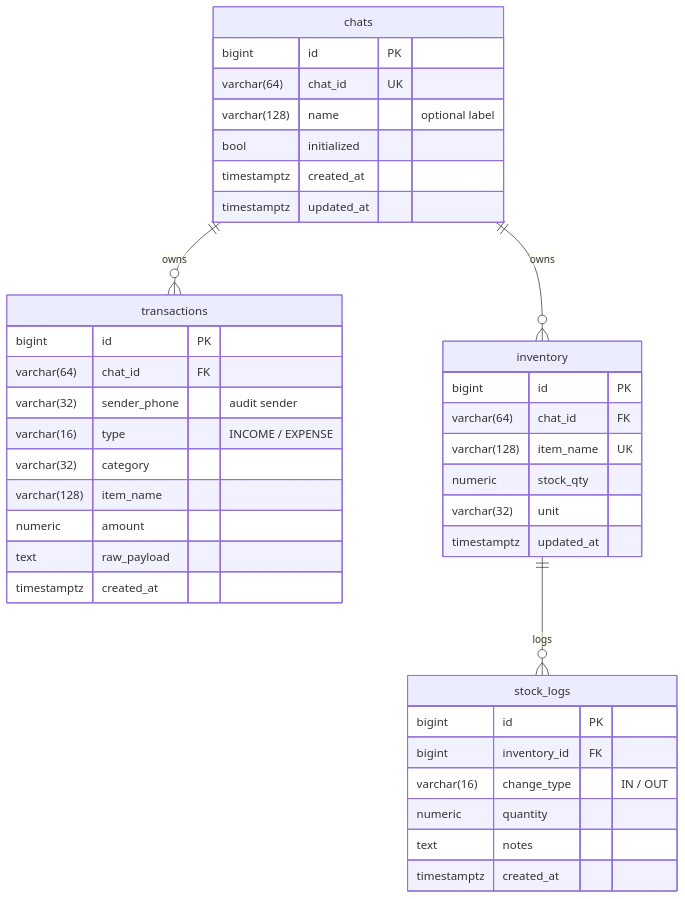
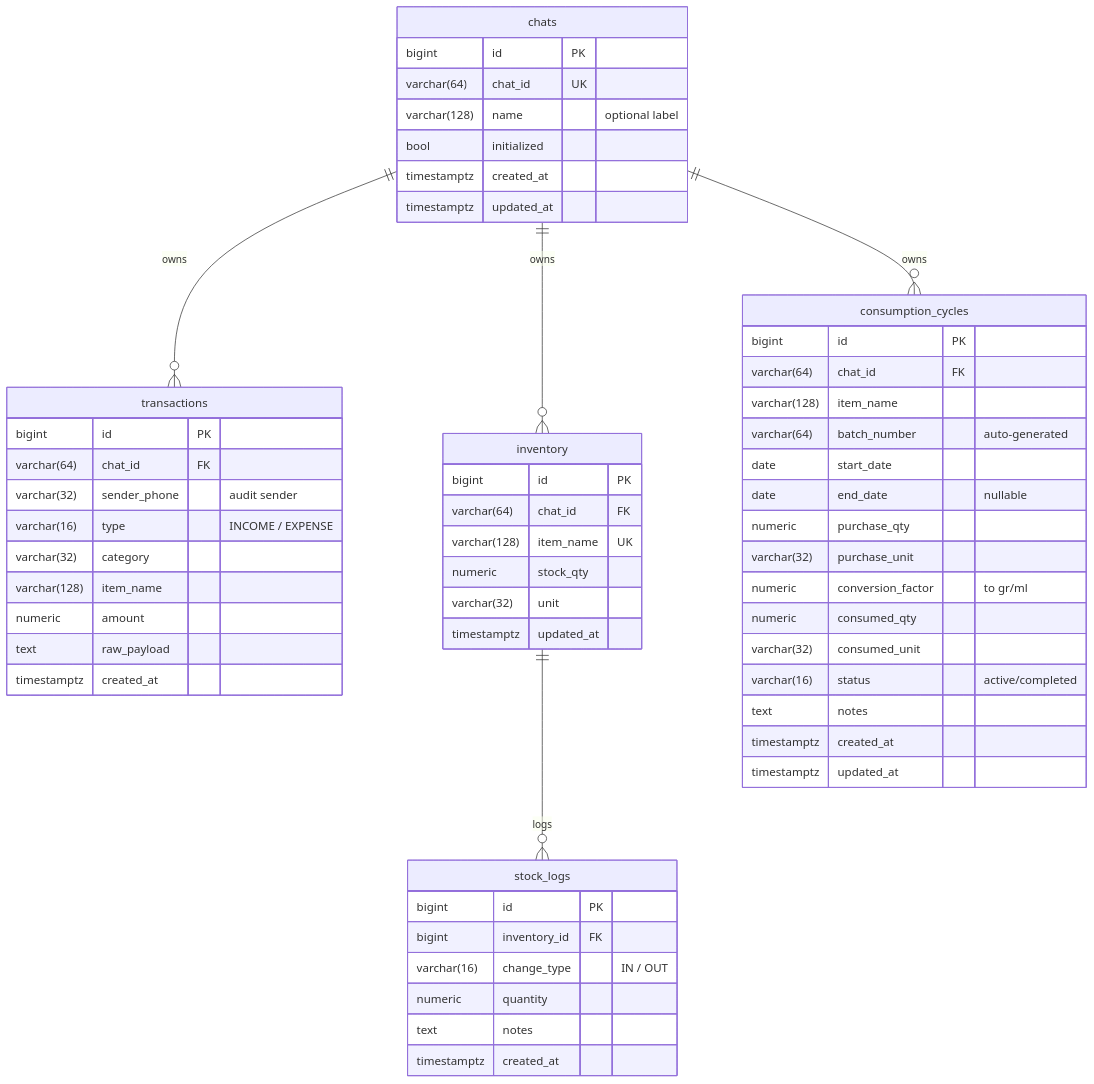
Before and after one commit to skyapps-id/smart-ledger-agent: the fifth of 5 diagrams in README.md, drawn with Mermaid. The commit also changed other lines of this file and 11 other files, not shown here.

````diff
--- a/README.md
+++ b/README.md
@@ -180,42 +182,60 @@
 ```mermaid
 erDiagram
     chats ||--o{ transactions : owns
     chats ||--o{ inventory : owns
     inventory ||--o{ stock_logs : logs
+    chats ||--o{ consumption_cycles : owns
 
     chats {
         bigint id PK
         varchar(64) chat_id UK
         varchar(128) name "optional label"
         bool initialized
         timestamptz created_at
         timestamptz updated_at
     }
     transactions {
         bigint id PK
         varchar(64) chat_id FK
         varchar(32) sender_phone "audit sender"
         varchar(16) type "INCOME / EXPENSE"
         varchar(32) category
         varchar(128) item_name
         numeric amount
         text raw_payload
         timestamptz created_at
     }
     inventory {
         bigint id PK
         varchar(64) chat_id FK
         varchar(128) item_name UK
         numeric stock_qty
         varchar(32) unit
         timestamptz updated_at
     }
     stock_logs {
         bigint id PK
         bigint inventory_id FK
         varchar(16) change_type "IN / OUT"
         numeric quantity
         text notes
         timestamptz created_at
     }
+    consumption_cycles {
+        bigint id PK
+        varchar(64) chat_id FK
+        varchar(128) item_name
+        varchar(64) batch_number "auto-generated"
+        date start_date
+        date end_date "nullable"
+        numeric purchase_qty
+        varchar(32) purchase_unit
+        numeric conversion_factor "to gr/ml"
+        numeric consumed_qty
+        varchar(32) consumed_unit
+        varchar(16) status "active/completed"
+        text notes
+        timestamptz created_at
+        timestamptz updated_at
+    }
 ```
````
